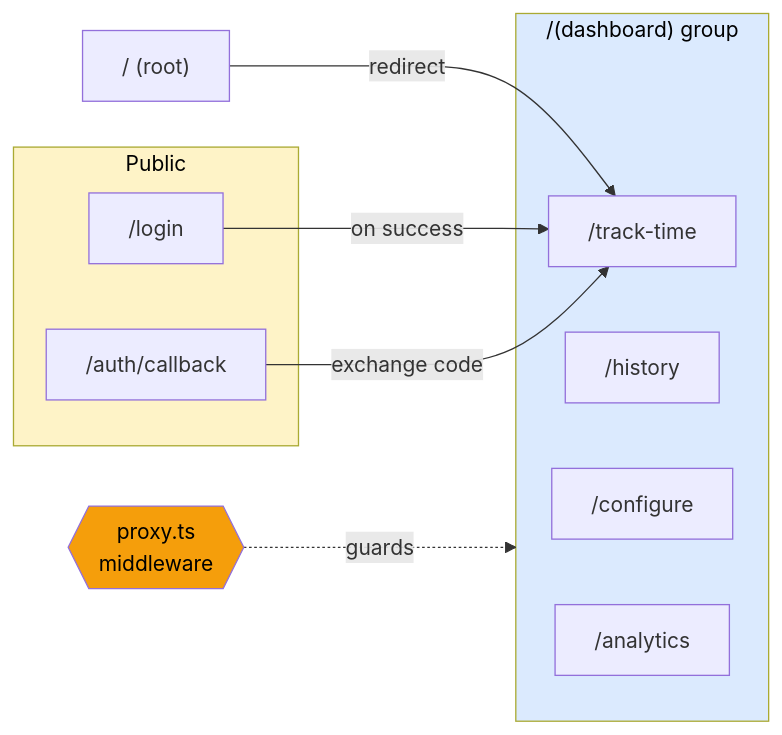
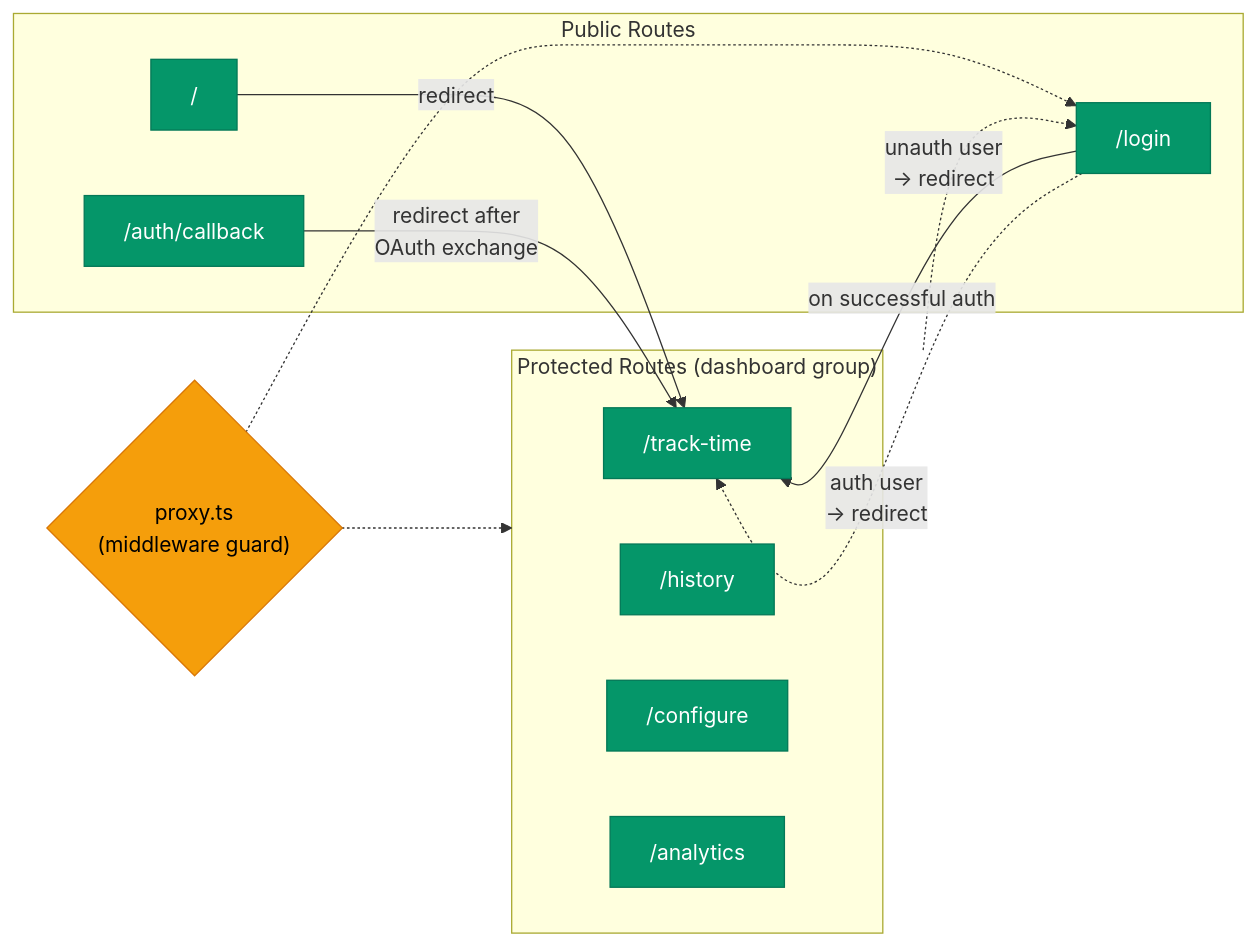
Before and after one commit to dipanjandey/Personal-Time-and-Habit-tracking-App: the seventh of 7 diagrams in ARCHITECTURE.md, drawn with Mermaid. The commit also changed other lines of this file and 24 other files, not shown here.

````diff
--- a/ARCHITECTURE.md
+++ b/ARCHITECTURE.md
@@ -283,25 +431,36 @@
 ```mermaid
 flowchart LR
-    Root["/ (root)"] -->|"redirect"| TT["/track-time"]
-
-    subgraph Public
-        LoginP["/login"]
+    subgraph Public ["Public Routes"]
+        Root["/"]
+        Login["/login"]
         AuthCB["/auth/callback"]
     end
 
-    subgraph Protected["/(dashboard) group"]
-        TT
-        Hist["/history"]
-        Conf["/configure"]
-        Anal["/analytics"]
+    subgraph Protected ["Protected Routes (dashboard group)"]
+        TrackTime["/track-time"]
+        History["/history"]
+        Configure["/configure"]
+        Analytics["/analytics"]
     end
 
-    LoginP -->|"on success"| TT
-    AuthCB -->|"exchange code"| TT
+    Root -->|"redirect"| TrackTime
+    Login -->|"on successful auth"| TrackTime
+    AuthCB -->|"redirect after<br/>OAuth exchange"| TrackTime
 
-    Middleware{{"proxy.ts<br/>middleware"}} -.->|"guards"| Protected
+    Proxy{"proxy.ts<br/>(middleware guard)"}
 
-    style Protected fill:#dbeafe,color:#000
-    style Public fill:#fef3c7,color:#000
-    style Middleware fill:#f59e0b,color:#000
+    Protected -.->|"unauth user<br/>→ redirect"| Login
+    Login -.->|"auth user<br/>→ redirect"| TrackTime
+
+    Proxy -.-> Protected
+    Proxy -.-> Login
+
+    style Root fill:#059669,stroke:#047857,color:#fff
+    style Login fill:#059669,stroke:#047857,color:#fff
+    style AuthCB fill:#059669,stroke:#047857,color:#fff
+    style TrackTime fill:#059669,stroke:#047857,color:#fff
+    style History fill:#059669,stroke:#047857,color:#fff
+    style Configure fill:#059669,stroke:#047857,color:#fff
+    style Analytics fill:#059669,stroke:#047857,color:#fff
+    style Proxy fill:#f59e0b,stroke:#d97706,color:#000
 ```
````
